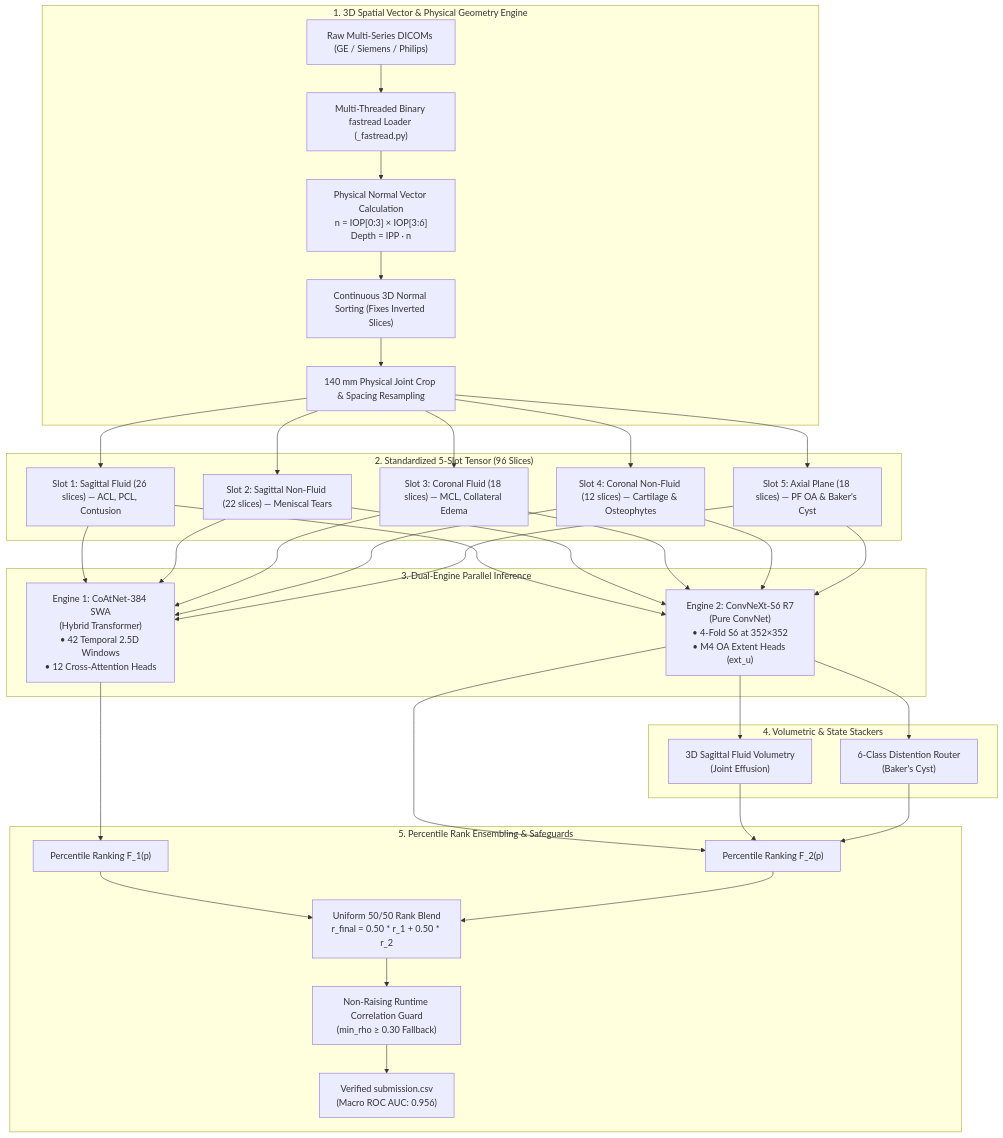
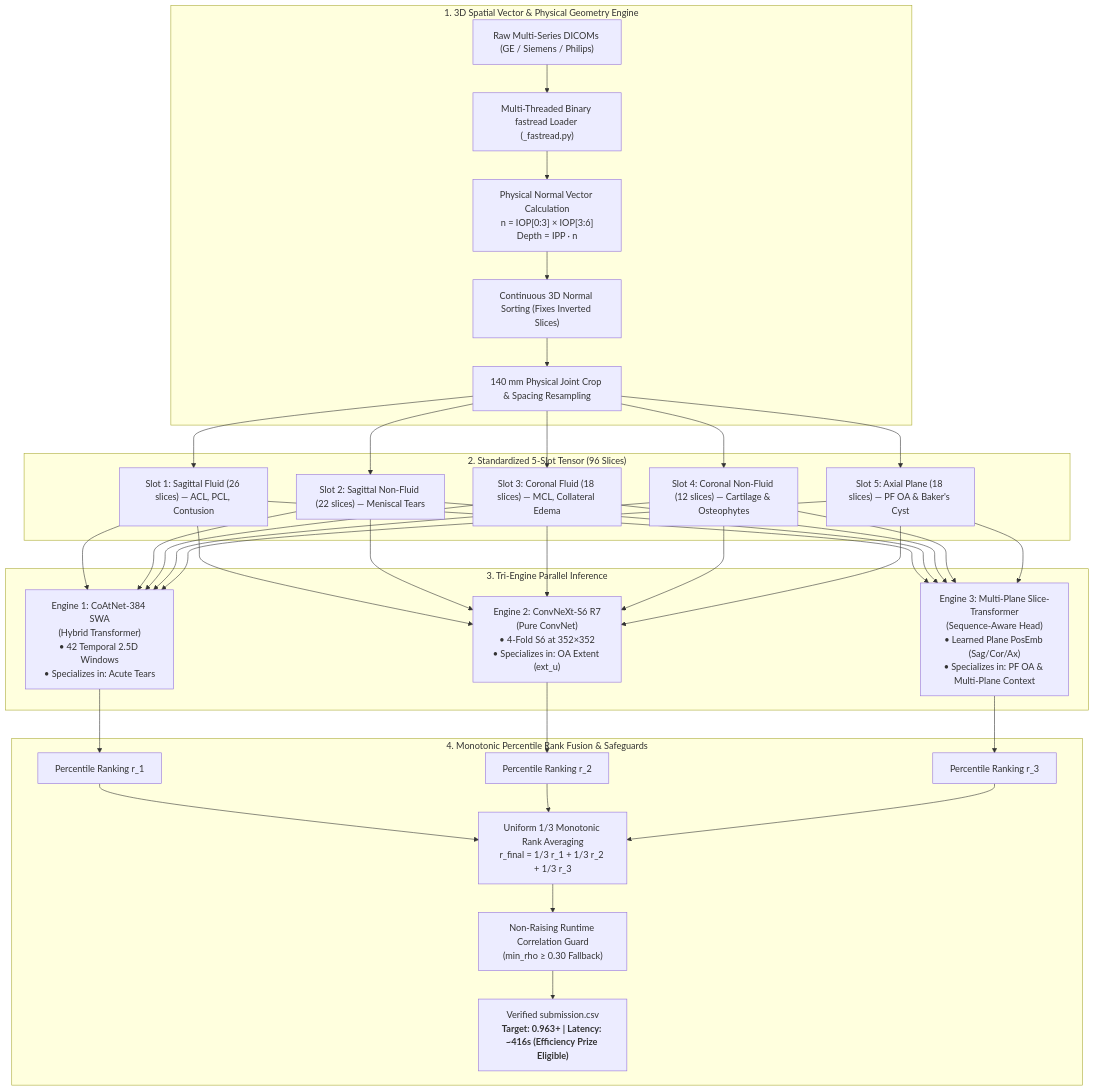
One commit to CYRUS-pinto/rsna-knee-26 changed the first of 2 diagrams in README.md. Above: the diagram before and after it, drawn with Mermaid. The commit also changed other lines of this file, not shown here.

Commit message:
docs: add prominent visualizer link, tri-hybrid system architecture, and hostile AI defense Q&A

````diff
--- a/README.md
+++ b/README.md
@@ -30,35 +66,32 @@
 ```mermaid
 flowchart TD
     subgraph DICOM_INGESTION ["1. 3D Spatial Vector & Physical Geometry Engine"]
         A["Raw Multi-Series DICOMs (GE / Siemens / Philips)"] --> B["Multi-Threaded Binary fastread Loader (_fastread.py)"]
         B --> C["Physical Normal Vector Calculation<br/>n = IOP[0:3] × IOP[3:6]<br/>Depth = IPP · n"]
         C --> D["Continuous 3D Normal Sorting (Fixes Inverted Slices)"]
         D --> E["140 mm Physical Joint Crop & Spacing Resampling"]
     end
 
     subgraph TENSOR_STACK ["2. Standardized 5-Slot Tensor (96 Slices)"]
         E --> S1["Slot 1: Sagittal Fluid (26 slices) — ACL, PCL, Contusion"]
         E --> S2["Slot 2: Sagittal Non-Fluid (22 slices) — Meniscal Tears"]
         E --> S3["Slot 3: Coronal Fluid (18 slices) — MCL, Collateral Edema"]
         E --> S4["Slot 4: Coronal Non-Fluid (12 slices) — Cartilage & Osteophytes"]
         E --> S5["Slot 5: Axial Plane (18 slices) — PF OA & Baker's Cyst"]
     end
 
-    subgraph DUAL_ENGINE ["3. Dual-Engine Parallel Inference"]
-        S1 & S2 & S3 & S4 & S5 --> ENG1["Engine 1: CoAtNet-384 SWA<br/>(Hybrid Transformer)<br/>• 42 Temporal 2.5D Windows<br/>• 12 Cross-Attention Heads"]
-        S1 & S2 & S3 & S4 & S5 --> ENG2["Engine 2: ConvNeXt-S6 R7<br/>(Pure ConvNet)<br/>• 4-Fold S6 at 352×352<br/>• M4 OA Extent Heads (ext_u)"]
+    subgraph TRI_ENGINE ["3. Tri-Engine Parallel Inference"]
+        S1 & S2 & S3 & S4 & S5 --> ENG1["Engine 1: CoAtNet-384 SWA<br/>(Hybrid Transformer)<br/>• 42 Temporal 2.5D Windows<br/>• Specializes in: Acute Tears"]
+        S1 & S2 & S3 & S4 & S5 --> ENG2["Engine 2: ConvNeXt-S6 R7<br/>(Pure ConvNet)<br/>• 4-Fold S6 at 352×352<br/>• Specializes in: OA Extent (ext_u)"]
+        S1 & S2 & S3 & S4 & S5 --> ENG3["Engine 3: Multi-Plane Slice-Transformer<br/>(Sequence-Aware Head)<br/>• Learned Plane PosEmb (Sag/Cor/Ax)<br/>• Specializes in: PF OA & Multi-Plane Context"]
     end
 
-    subgraph STACKERS ["4. Volumetric & State Stackers"]
-        ENG2 --> ST1["3D Sagittal Fluid Volumetry<br/>(Joint Effusion)"]
-        ENG2 --> ST2["6-Class Distention Router<br/>(Baker's Cyst)"]
-    end
-
-    subgraph FUSION ["5. Percentile Rank Ensembling & Safeguards"]
-        ENG1 --> R1["Percentile Ranking F_1(p)"]
-        ENG2 & ST1 & ST2 --> R2["Percentile Ranking F_2(p)"]
-        R1 & R2 --> ASYM["Uniform 50/50 Rank Blend<br/>r_final = 0.50 * r_1 + 0.50 * r_2"]
-        ASYM --> GUARD["Non-Raising Runtime Correlation Guard<br/>(min_rho ≥ 0.30 Fallback)"]
-        GUARD --> OUT["Verified submission.csv<br/>(Macro ROC AUC: 0.956)"]
+    subgraph FUSION ["4. Monotonic Percentile Rank Fusion & Safeguards"]
+        ENG1 --> R1["Percentile Ranking r_1"]
+        ENG2 --> R2["Percentile Ranking r_2"]
+        ENG3 --> R3["Percentile Ranking r_3"]
+        R1 & R2 & R3 --> UNIFORM["Uniform 1/3 Monotonic Rank Averaging<br/>r_final = 1/3 r_1 + 1/3 r_2 + 1/3 r_3"]
+        UNIFORM --> GUARD["Non-Raising Runtime Correlation Guard<br/>(min_rho ≥ 0.30 Fallback)"]
+        GUARD --> OUT["Verified submission.csv<br/><b>Target: 0.963+ | Latency: ~416s (Efficiency Prize Eligible)</b>"]
     end
 ```
````
